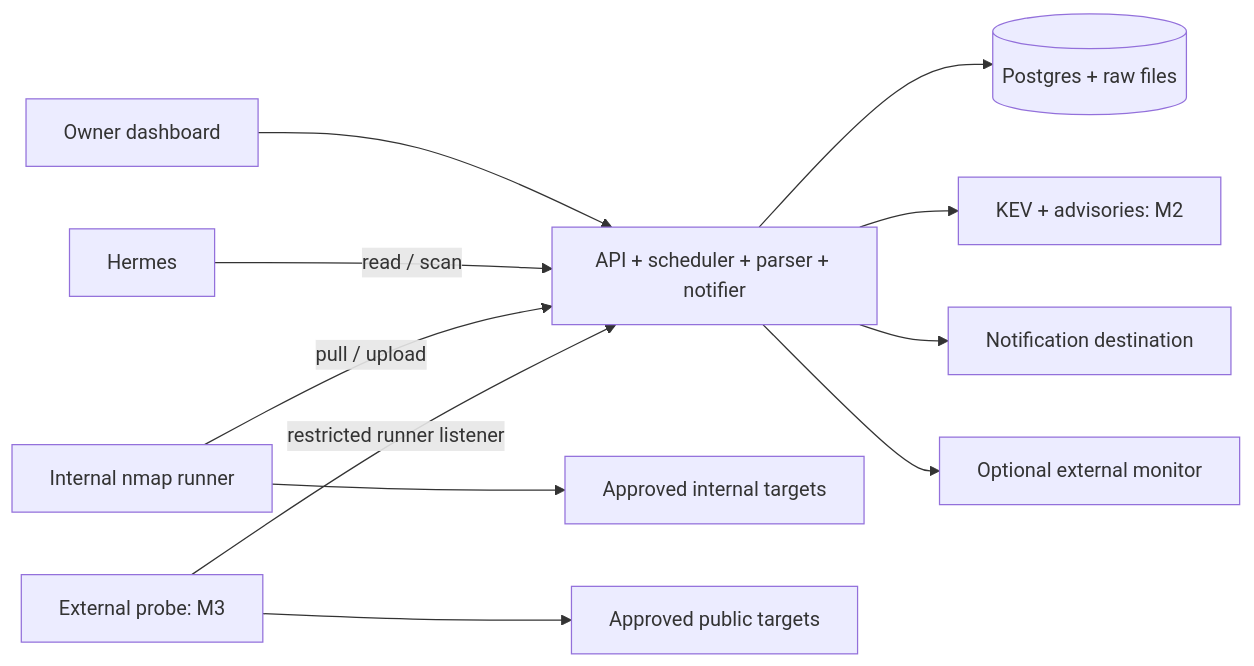
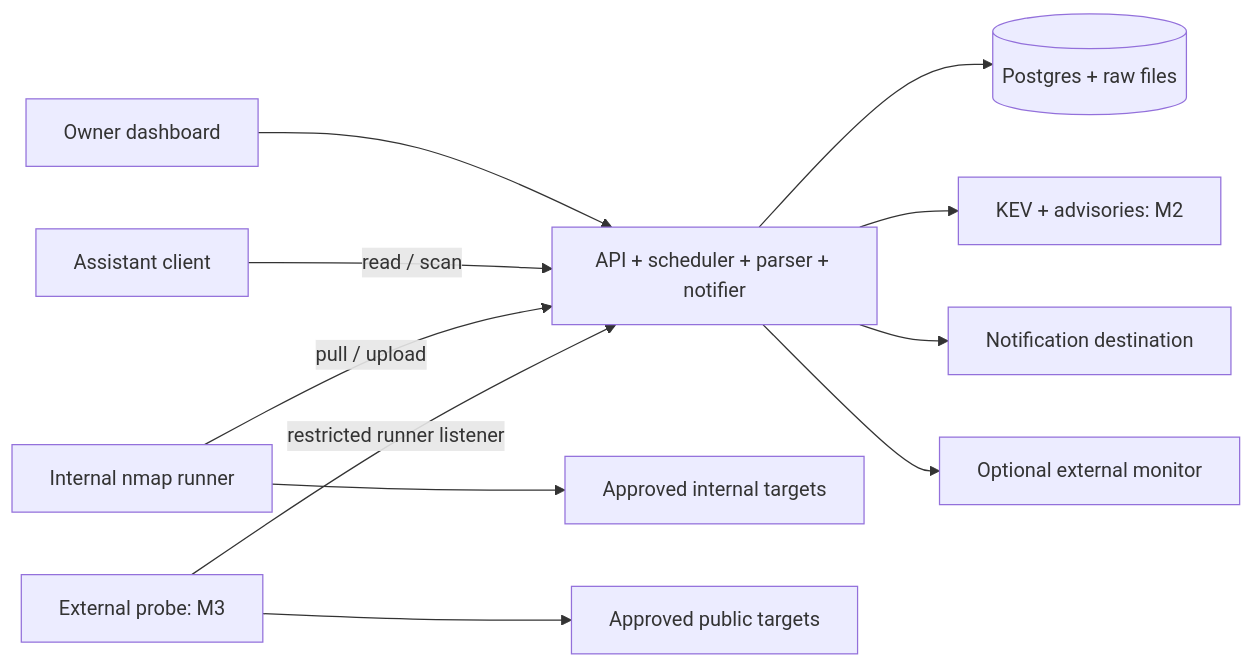
One commit to junglestyle/pen16 changed the diagram in docs/ARCHITECTURE.md. Above: the diagram before and after it, drawn with Mermaid. The commit also changed other lines of this file and 9 other files, not shown here.

````diff
--- a/docs/ARCHITECTURE.md
+++ b/docs/ARCHITECTURE.md
@@ -5,13 +5,13 @@
 ```mermaid
 flowchart LR
   owner[Owner dashboard] --> api[API + scheduler + parser + notifier]
-  hermes[Hermes] -->|read / scan| api
+  assistant[Assistant client] -->|read / scan| api
   runner[Internal nmap runner] -->|pull / upload| api
   probe[External probe: M3] -->|restricted runner listener| api
   api --> db[(Postgres + raw files)]
   api --> feeds[KEV + advisories: M2]
   api --> alerts[Notification destination]
   api --> monitor[Optional external monitor]
   runner --> lan[Approved internal targets]
   probe --> wan[Approved public targets]
 ```
````
